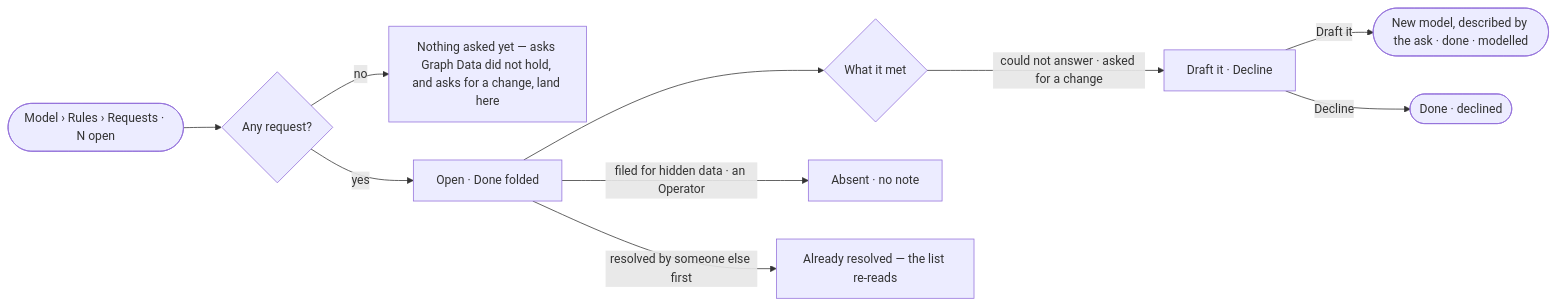
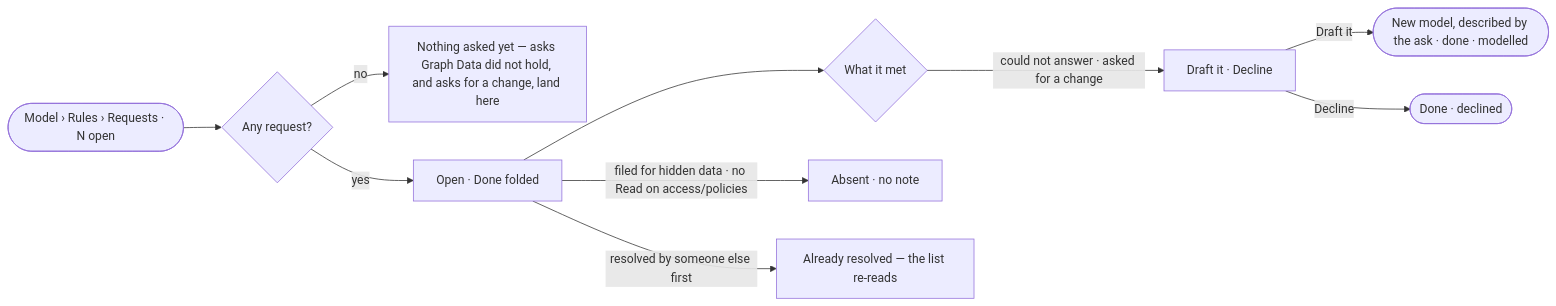
Before and after one commit to invana/invana: the diagram in specs/capabilities/semantics/features/SE-F07-rules/stories/SE-13-act-on-what-people-and-agents-ask-of-the-model/story.md, drawn with Mermaid. The commit also changed other lines of this file and 47 other files, not shown here.

````diff
--- a/specs/capabilities/semantics/features/SE-F07-rules/stories/SE-13-act-on-what-people-and-agents-ask-of-the-model/story.md
+++ b/specs/capabilities/semantics/features/SE-F07-rules/stories/SE-13-act-on-what-people-and-agents-ask-of-the-model/story.md
@@ -28,12 +28,12 @@
 ```mermaid
 flowchart LR
   a([Model › Rules › Requests · N open]) --> l{Any request?}
   l -->|no| e["Nothing asked yet — asks Graph Data did not hold, and asks for a change, land here"]
   l -->|yes| o["Open · Done folded"]
   o --> k{What it met}
   k -->|could not answer · asked for a change| dr["Draft it · Decline"]
   dr -->|Draft it| nm(["New model, described by the ask · done · modelled"])
   dr -->|Decline| d2(["Done · declined"])
-  o -->|filed for hidden data · an Operator| hx["Absent · no note"]
+  o -->|filed for hidden data · no Read on access/policies| hx["Absent · no note"]
   o -->|resolved by someone else first| c["Already resolved — the list re-reads"]
 ```
````
